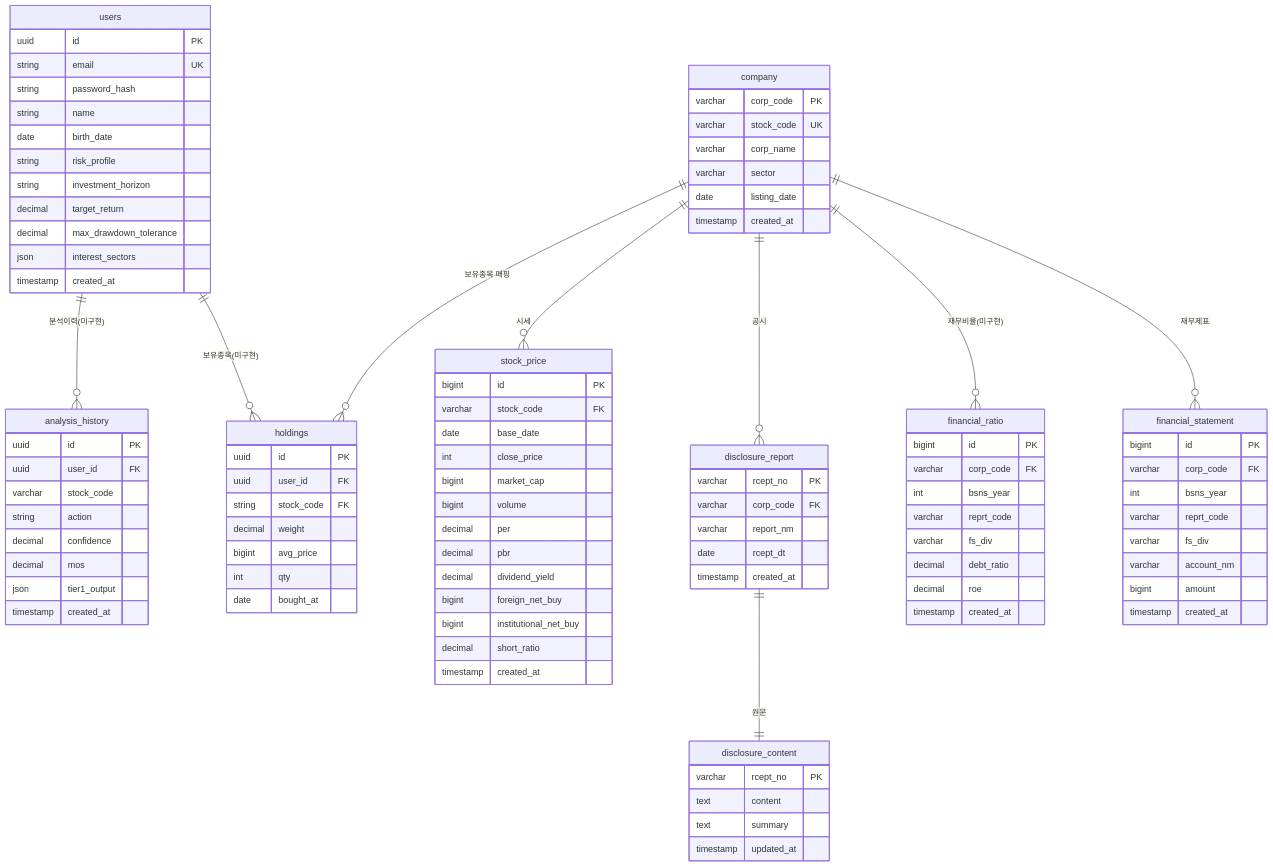
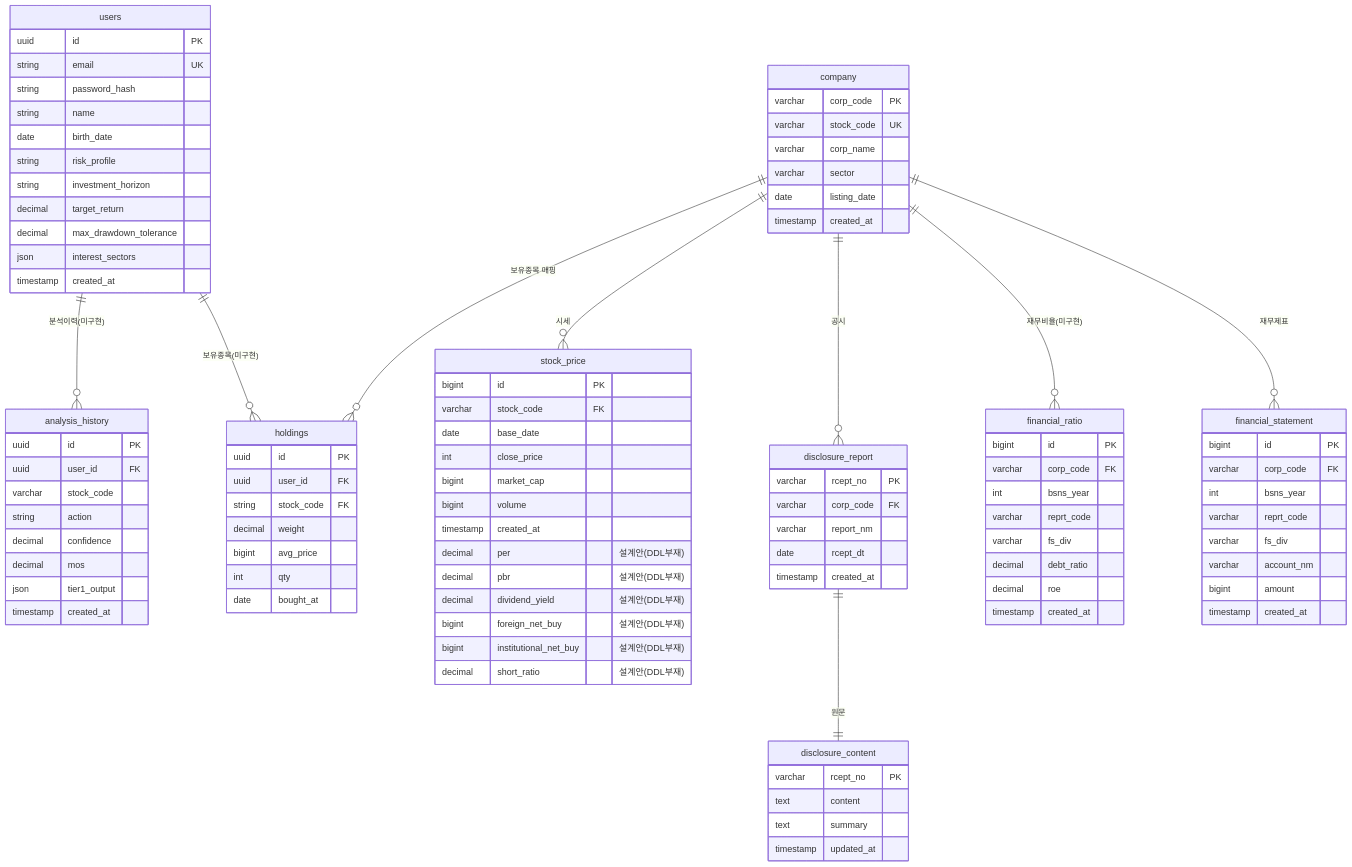
The diagram in docs/architecture/erd.md (mygithub05253/stock-agent), drawn with Mermaid before and after one commit. The commit also changed other lines of this file and 8 other files, not shown here.

First line of the commit message:
📝 Docs: Phase 1 드리프트 정합 — 6에이전트→11노드 + ERD 코드 우선 정정

````diff
--- a/docs/architecture/erd.md
+++ b/docs/architecture/erd.md
@@ -67,7 +69,7 @@
 ```mermaid
     erDiagram
-    %% 코드 기준 주의: users·holdings·analysis_history·financial_ratio는 db/init DDL 미작성(설계안).
-    %% 실제 존재 테이블은 위 "0.1 구현 상태" 표 참고. 상충 시 SQL 우선.
+    %% 코드 기준 주의(2026-06-20): users·holdings·analysis_history·financial_ratio·disclosure_report·disclosure_content는 db/init DDL 미작성(설계안).
+    %% stock_price 6투자지표(per/pbr/dividend_yield/외국인·기관순매수/short_ratio)도 DDL 부재. 실제 7테이블은 "0.1 구현 상태" 참고. 상충 시 SQL 우선.
 
     users ||--o{ holdings : "보유종목(미구현)"
     users ||--o{ analysis_history : "분석이력(미구현)"
@@ -157,13 +159,13 @@
         int close_price
         bigint market_cap
         bigint volume
-        decimal per
-        decimal pbr
-        decimal dividend_yield
-        bigint foreign_net_buy
-        bigint institutional_net_buy
-        decimal short_ratio
         timestamp created_at
+        decimal per "설계안(DDL부재)"
+        decimal pbr "설계안(DDL부재)"
+        decimal dividend_yield "설계안(DDL부재)"
+        bigint foreign_net_buy "설계안(DDL부재)"
+        bigint institutional_net_buy "설계안(DDL부재)"
+        decimal short_ratio "설계안(DDL부재)"
     }
 
     analysis_history {
````
